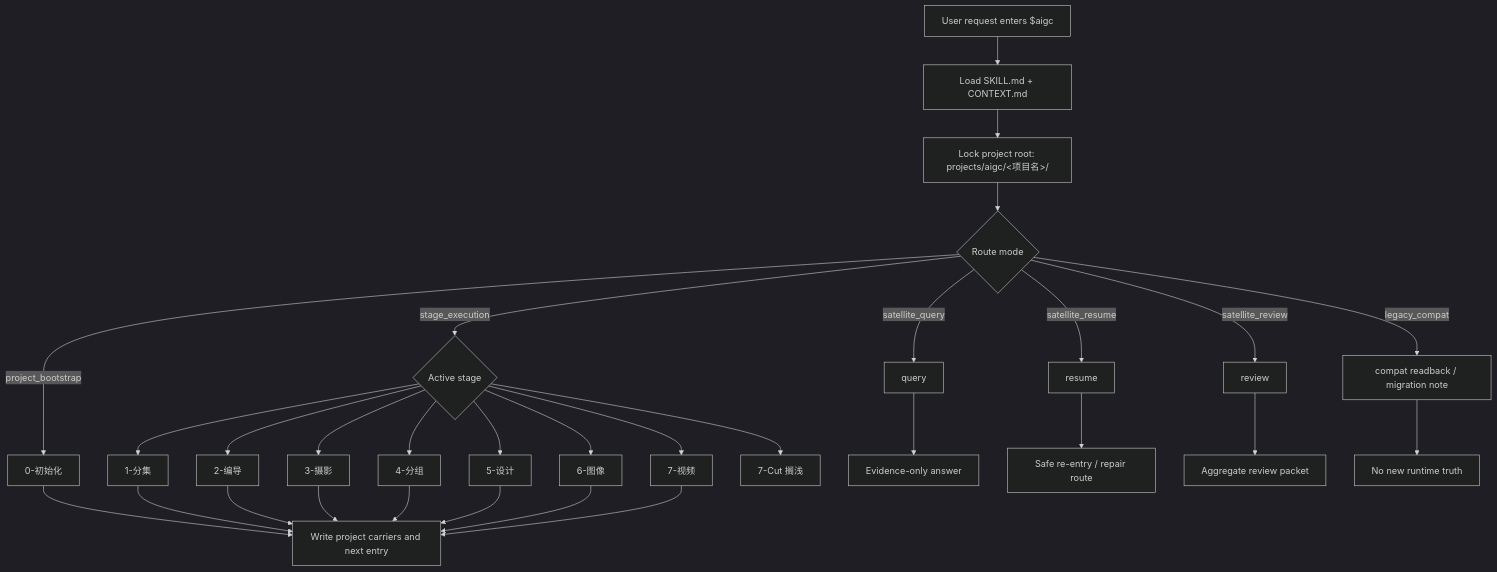
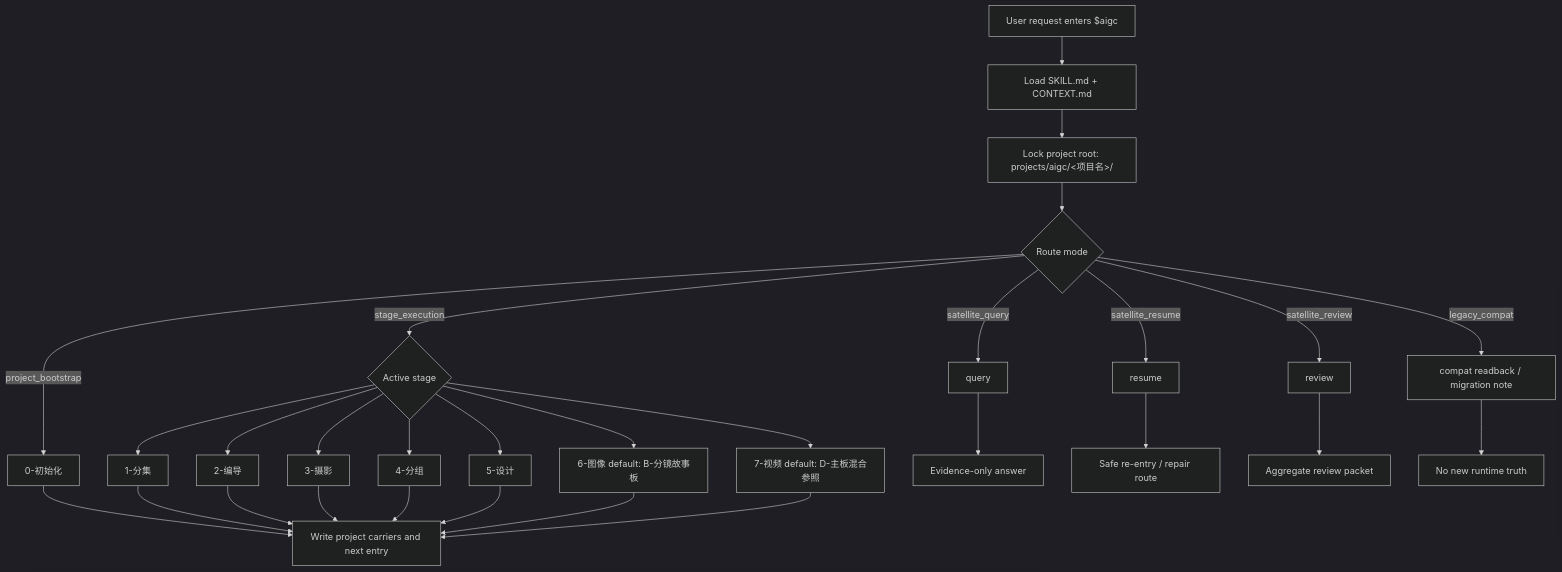
One commit to ZEN-VOID/AI-CUT changed the diagram in .agents/skills/aigc/SKILL.md. Above: the diagram before and after it, drawn with Mermaid (dark theme). The commit also changed other lines of this file and 173 other files, not shown here.

````diff
--- a/.agents/skills/aigc/SKILL.md
+++ b/.agents/skills/aigc/SKILL.md
@@ -35,32 +46,31 @@
 ```mermaid
 flowchart TD
     A["User request enters $aigc"] --> B["Load SKILL.md + CONTEXT.md"]
     B --> C["Lock project root: projects/aigc/<项目名>/"]
     C --> D{"Route mode"}
     D -->|"project_bootstrap"| E["0-初始化"]
     D -->|"stage_execution"| F{"Active stage"}
     D -->|"satellite_query"| G["query"]
     D -->|"satellite_resume"| H["resume"]
     D -->|"satellite_review"| I["review"]
     D -->|"legacy_compat"| J["compat readback / migration note"]
     F --> F1["1-分集"]
     F --> F2["2-编导"]
     F --> F3["3-摄影"]
     F --> F4["4-分组"]
     F --> F5["5-设计"]
-    F --> F6["6-图像"]
-    F --> F7["7-视频"]
-    F --> F8["7-Cut 搁浅"]
+    F --> F6["6-图像 default: B-分镜故事板"]
+    F --> F7["7-视频 default: D-主板混合参照"]
     E --> K["Write project carriers and next entry"]
     F1 --> K
     F2 --> K
     F3 --> K
     F4 --> K
     F5 --> K
     F6 --> K
     F7 --> K
     G --> L["Evidence-only answer"]
     H --> M["Safe re-entry / repair route"]
     I --> N["Aggregate review packet"]
     J --> O["No new runtime truth"]
 ```
````
